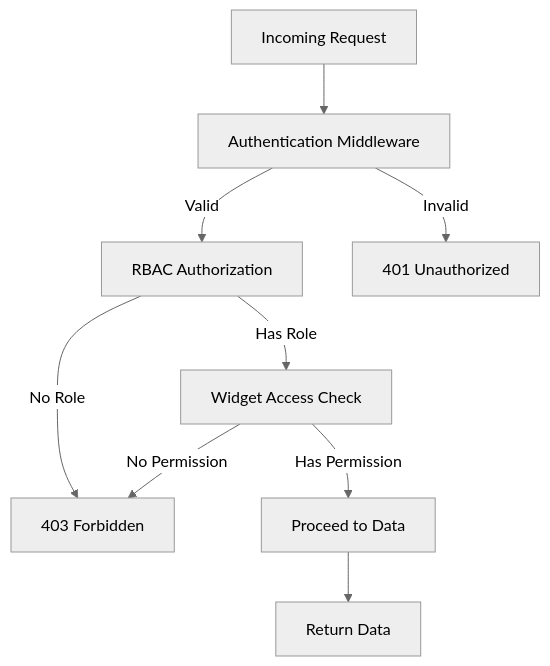
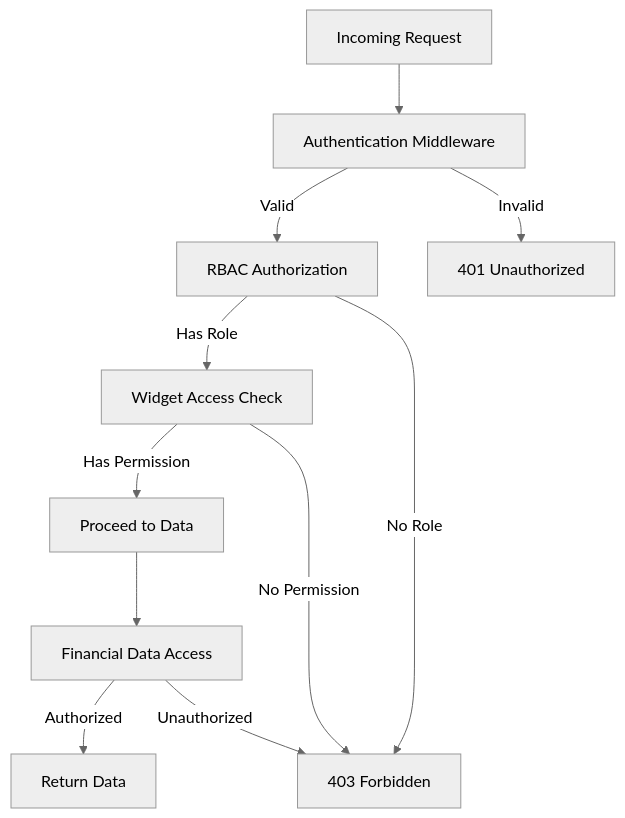
Before and after one commit to franckylab/eLISAschool: the eighth of 11 diagrams in .qoder/repowiki/en/content/Modules & Features/Dashboard System Implementation.md, drawn with Mermaid (neutral theme). The commit also changed other lines of this file and 236 other files, not shown here.

````diff
--- a/.qoder/repowiki/en/content/Modules & Features/Dashboard System Implementation.md
+++ b/.qoder/repowiki/en/content/Modules & Features/Dashboard System Implementation.md
@@ -332,11 +413,13 @@
 ```mermaid
 flowchart TD
 Request[Incoming Request] --> AuthCheck[Authentication Middleware]
 AuthCheck --> |Valid| RBAC[RBAC Authorization]
 AuthCheck --> |Invalid| Unauthorized[401 Unauthorized]
 RBAC --> |Has Role| WidgetAccess[Widget Access Check]
 RBAC --> |No Role| Forbidden[403 Forbidden]
 WidgetAccess --> |Has Permission| Proceed[Proceed to Data]
 WidgetAccess --> |No Permission| Forbidden
-Proceed --> Response[Return Data]
+Proceed --> FinancialCheck[Financial Data Access]
+FinancialCheck --> |Authorized| Response[Return Data]
+FinancialCheck --> |Unauthorized| Forbidden
 ```
````
